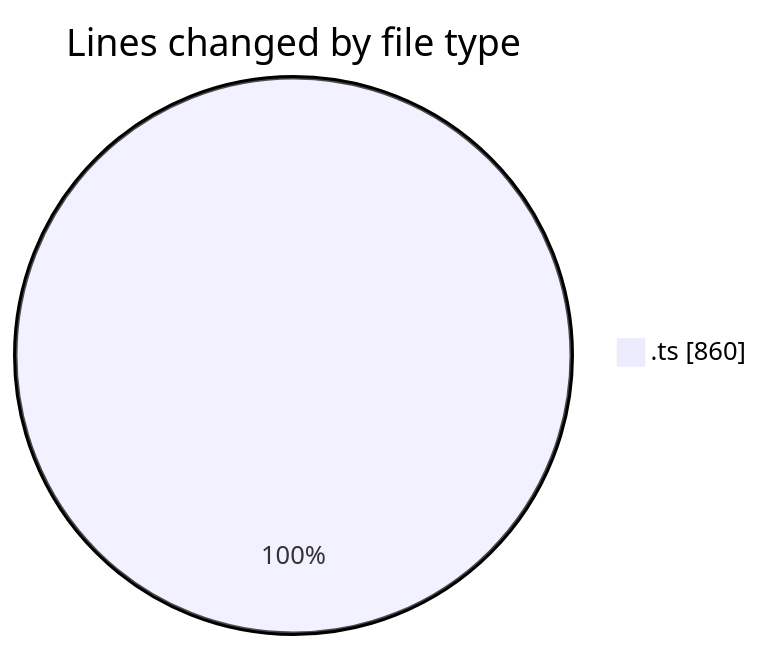
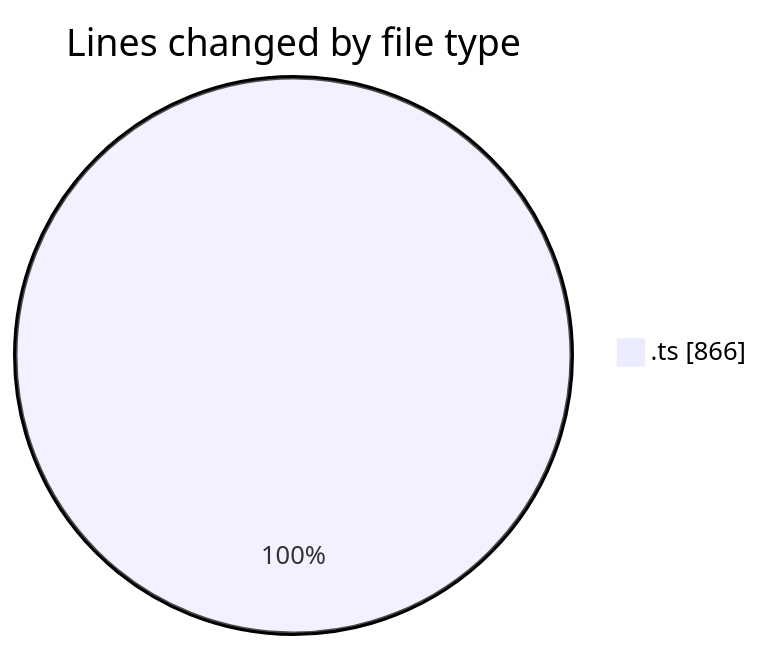
One commit to momahboobian/code-tracking changed the first of 2 diagrams in 2025-08-07/cda/README.md. Above: the diagram before and after it, drawn with Mermaid. The commit also changed other lines of this file and 1 other file, not shown here.

````diff
--- a/2025-08-07/cda/README.md
+++ b/2025-08-07/cda/README.md
@@ -21,5 +21,5 @@
 ```mermaid
 pie showData
 title Lines changed by file type
-".ts" : 860
+".ts" : 866
 ```
````
